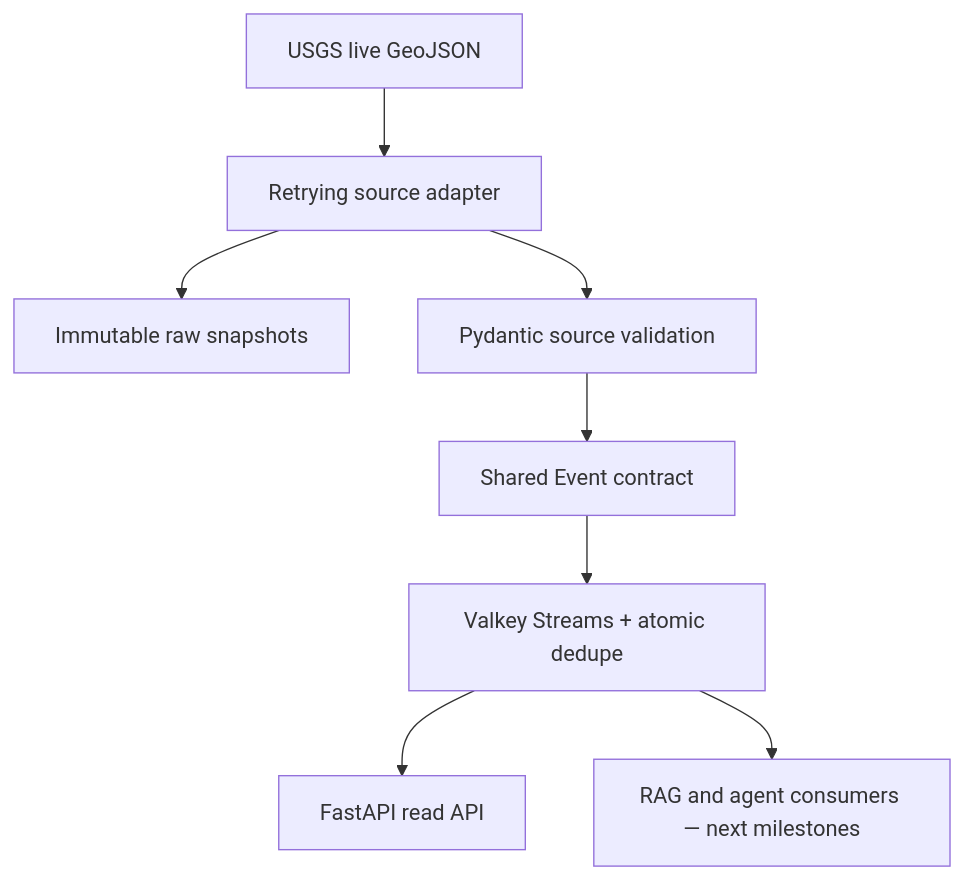
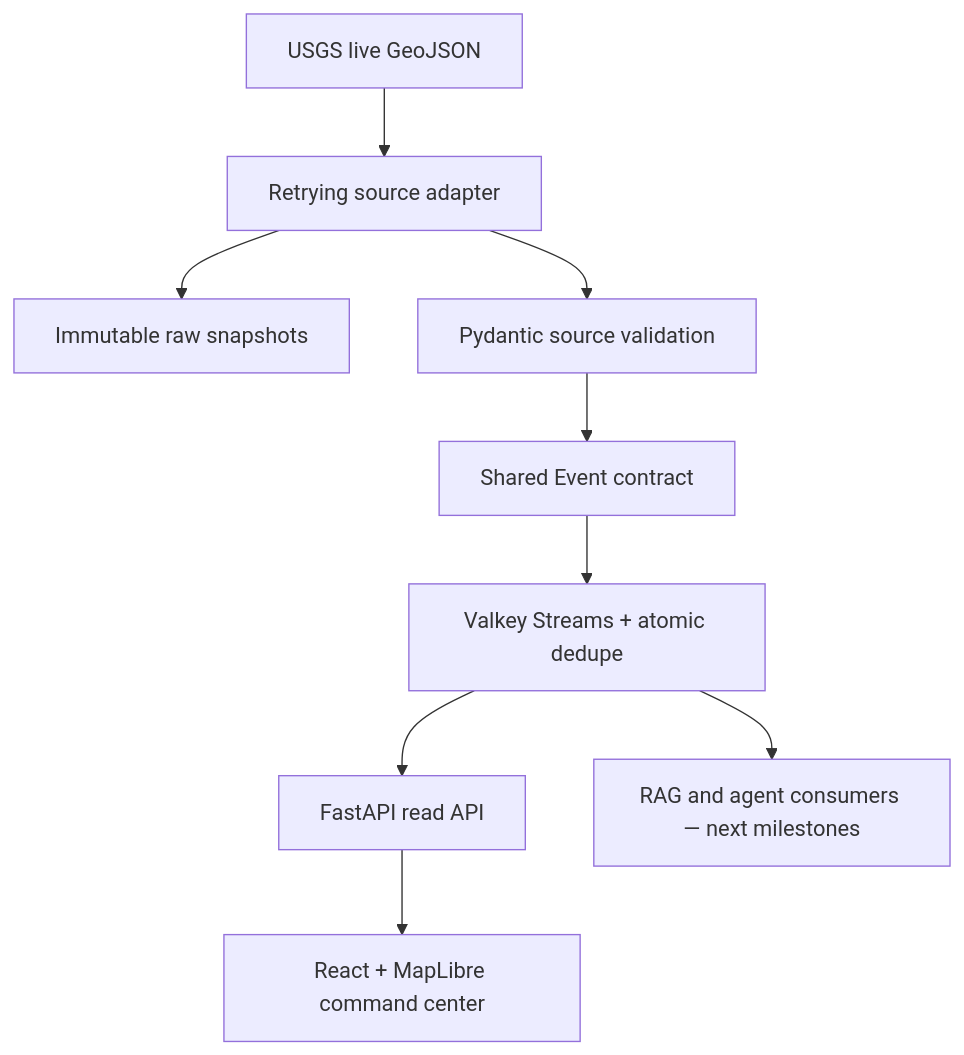
One commit to Thivas12/atlas-pulse changed the diagram in README.md. Above: the diagram before and after it, drawn with Mermaid. The commit also changed other lines of this file and 42 other files, not shown here.

First line of the commit message:
feat: add deterministic replay command center (#10)

````diff
--- a/README.md
+++ b/README.md
@@ -30,10 +32,11 @@
 ```mermaid
 flowchart TD
     USGS["USGS live GeoJSON"] --> Fetch["Retrying source adapter"]
     Fetch --> Raw["Immutable raw snapshots"]
     Fetch --> Validate["Pydantic source validation"]
     Validate --> Contract["Shared Event contract"]
     Contract --> Stream["Valkey Streams + atomic dedupe"]
     Stream --> API["FastAPI read API"]
+    API --> Web["React + MapLibre command center"]
     Stream --> Agents["RAG and agent consumers — next milestones"]
 ```
````
